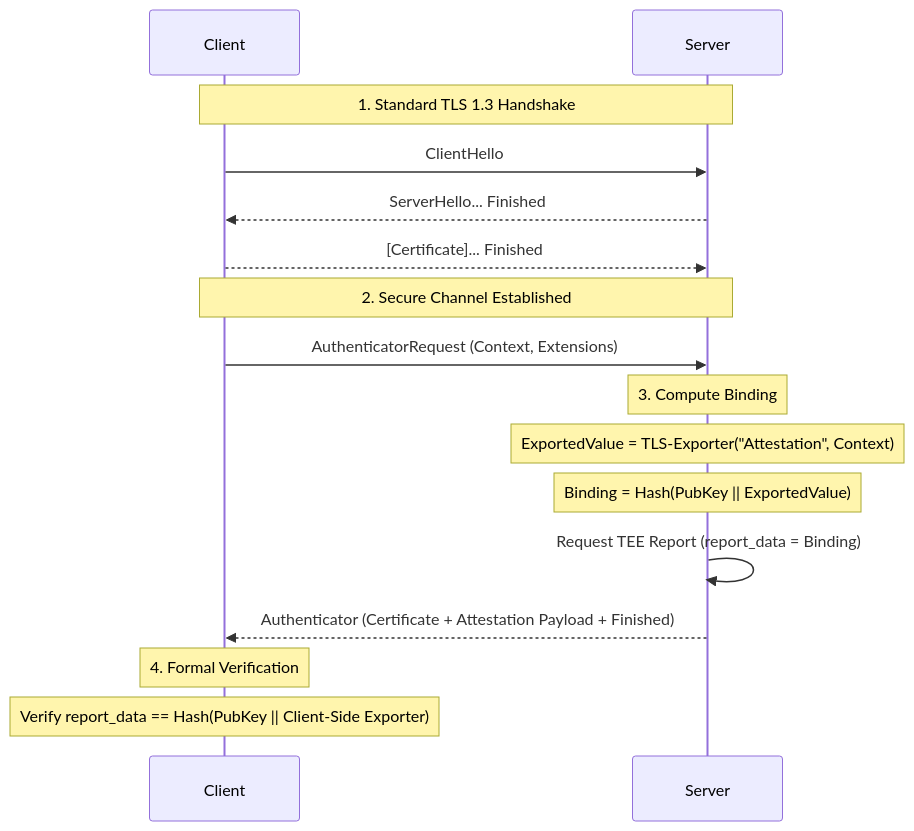
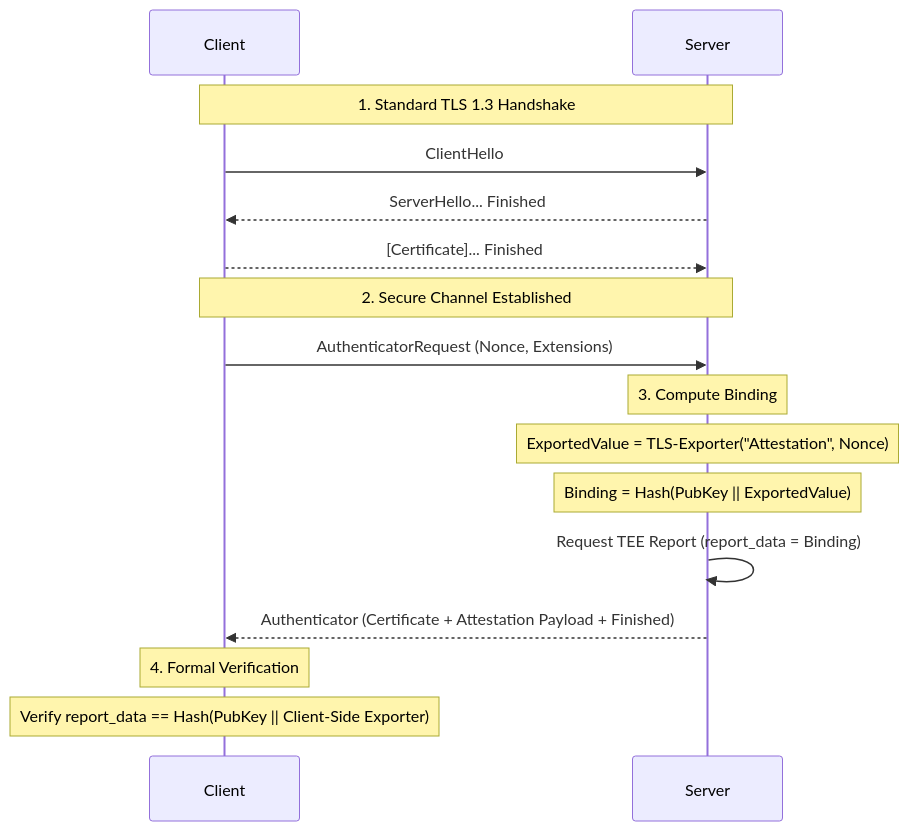
Before and after one commit to ultravioletrs/website: the diagram in src/content/blog/atls-binding-milestone.md, drawn with Mermaid. The commit also changed other lines of this file and 1 other file, not shown here.

Commit message:
docs: Clarify nonce freshness with TLS exporters in aTLS binding explanation and update the cover image.

````diff
--- a/src/content/blog/atls-binding-milestone.md
+++ b/src/content/blog/atls-binding-milestone.md
@@ -63,25 +65,25 @@
 ```mermaid
 sequenceDiagram
     participant Client
     participant Server
     
     Note over Client,Server: 1. Standard TLS 1.3 Handshake
     Client->>Server: ClientHello
     Server-->>Client: ServerHello... Finished
     Client-->>Server: [Certificate]... Finished
     
     Note over Client,Server: 2. Secure Channel Established
     
-    Client->>Server: AuthenticatorRequest (Context, Extensions)
+    Client->>Server: AuthenticatorRequest (Nonce, Extensions)
     
     Note over Server: 3. Compute Binding
-    Note over Server: ExportedValue = TLS-Exporter("Attestation", Context)
+    Note over Server: ExportedValue = TLS-Exporter("Attestation", Nonce)
     Note over Server: Binding = Hash(PubKey || ExportedValue)
     
     Server->>Server: Request TEE Report (report_data = Binding)
     
     Server-->>Client: Authenticator (Certificate + Attestation Payload + Finished)
     
     Note over Client: 4. Formal Verification
     Note over Client: Verify report_data == Hash(PubKey || Client-Side Exporter)
 ```
````
